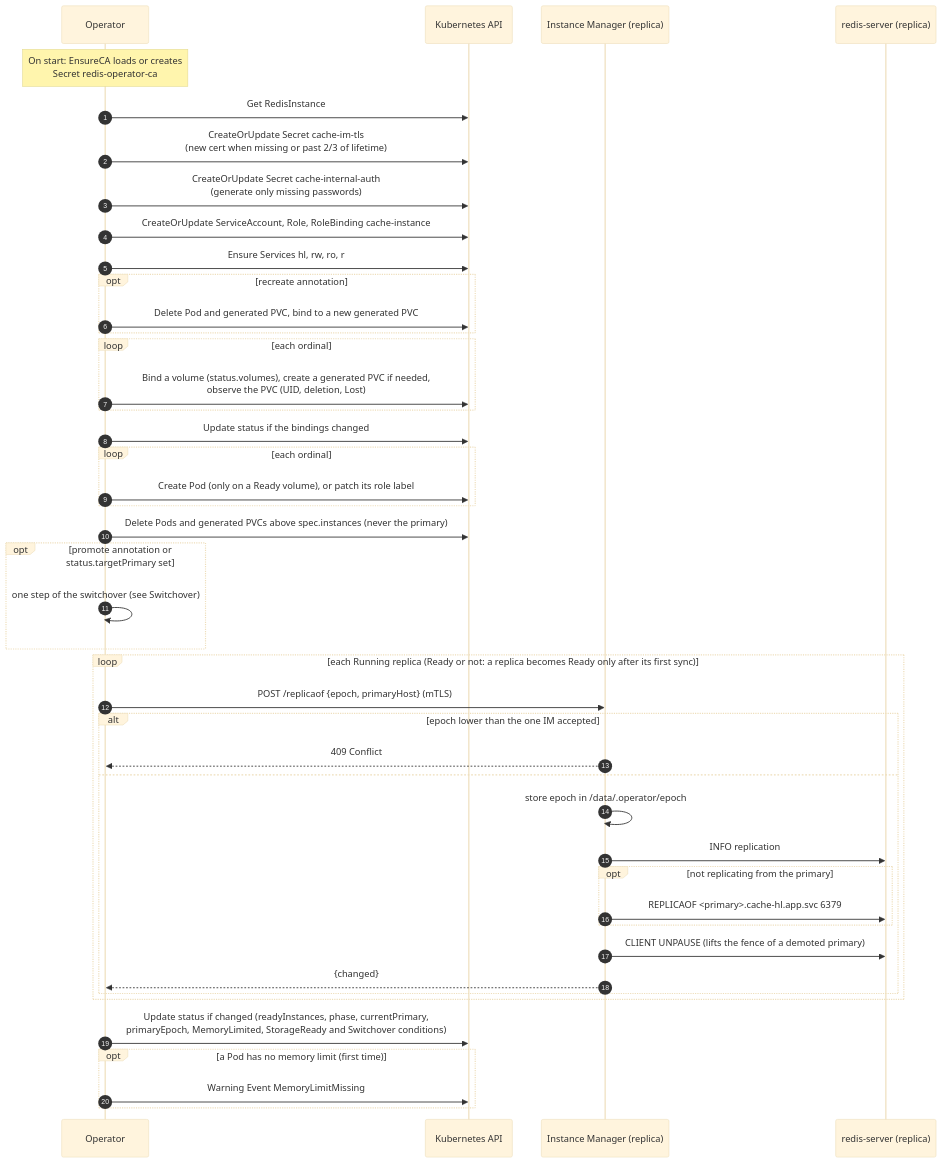
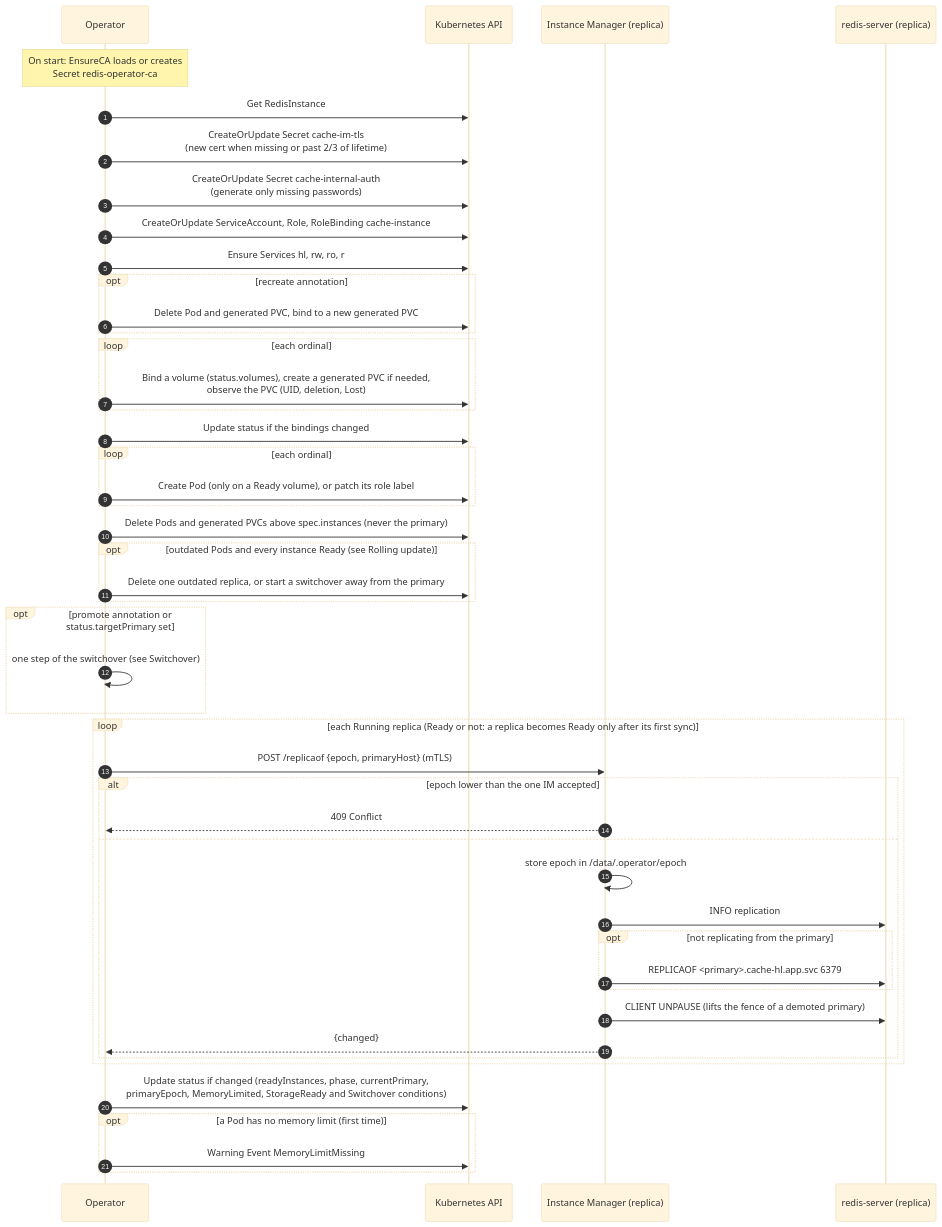
Before and after one commit to MrPickle311/redis-operator: the seventh of 7 diagrams in docs/architecture.md, drawn with Mermaid (base theme). The commit also changed other lines of this file and 5 other files, not shown here.

Commit message:
"Implement rolling updates for Redis Pods with spec hash-based tracking, ensuring safe switchover, and updating tests and documentation."

````diff
--- a/docs/architecture.md
+++ b/docs/architecture.md
@@ -412,47 +484,50 @@
 ```mermaid
 sequenceDiagram
     autonumber
     participant OP as Operator
     participant API as Kubernetes API
     participant IM as Instance Manager (replica)
     participant RS as redis-server (replica)
 
     Note over OP: On start: EnsureCA loads or creates<br/>Secret redis-operator-ca
     OP->>API: Get RedisInstance
     OP->>API: CreateOrUpdate Secret cache-im-tls<br/>(new cert when missing or past 2/3 of lifetime)
     OP->>API: CreateOrUpdate Secret cache-internal-auth<br/>(generate only missing passwords)
     OP->>API: CreateOrUpdate ServiceAccount, Role, RoleBinding cache-instance
     OP->>API: Ensure Services hl, rw, ro, r
     opt recreate annotation
         OP->>API: Delete Pod and generated PVC, bind to a new generated PVC
     end
     loop each ordinal
         OP->>API: Bind a volume (status.volumes), create a generated PVC if needed,<br/>observe the PVC (UID, deletion, Lost)
     end
     OP->>API: Update status if the bindings changed
     loop each ordinal
         OP->>API: Create Pod (only on a Ready volume), or patch its role label
     end
     OP->>API: Delete Pods and generated PVCs above spec.instances (never the primary)
+    opt outdated Pods and every instance Ready (see Rolling update)
+        OP->>API: Delete one outdated replica, or start a switchover away from the primary
+    end
     opt promote annotation or status.targetPrimary set
         OP->>OP: one step of the switchover (see Switchover)
     end
     loop each Running replica (Ready or not: a replica becomes Ready only after its first sync)
         OP->>IM: POST /replicaof {epoch, primaryHost} (mTLS)
         alt epoch lower than the one IM accepted
             IM-->>OP: 409 Conflict
         else
             IM->>IM: store epoch in /data/.operator/epoch
             IM->>RS: INFO replication
             opt not replicating from the primary
                 IM->>RS: REPLICAOF <primary>.cache-hl.app.svc 6379
             end
             IM->>RS: CLIENT UNPAUSE (lifts the fence of a demoted primary)
             IM-->>OP: {changed}
         end
     end
     OP->>API: Update status if changed (readyInstances, phase, currentPrimary,<br/>primaryEpoch, MemoryLimited, StorageReady and Switchover conditions)
     opt a Pod has no memory limit (first time)
         OP->>API: Warning Event MemoryLimitMissing
     end
 ```
````
